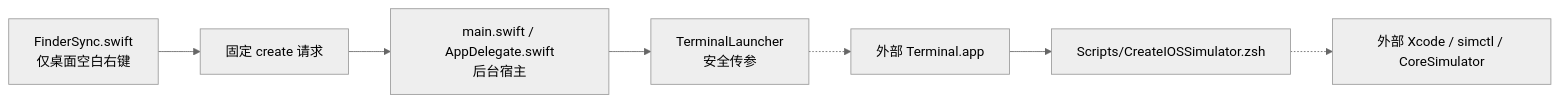
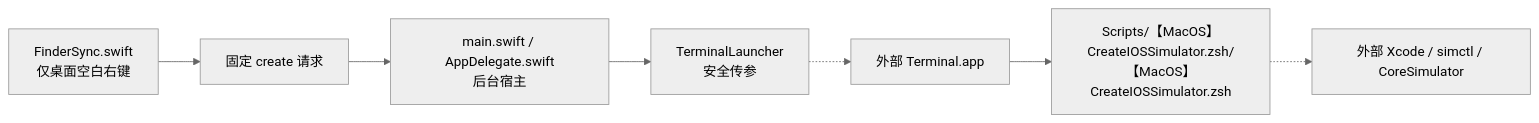
The first of 2 diagrams in JobsIOSSimulatorCreator/README.md (JobsKits/MacOS_Extension), drawn with Mermaid (neutral theme) before and after one commit. The commit also changed other lines of this file and 1576 other files, not shown here.

````diff
--- a/JobsIOSSimulatorCreator/README.md
+++ b/JobsIOSSimulatorCreator/README.md
@@ -134,9 +134,9 @@
 ```mermaid
 flowchart LR
     F["FinderSync.swift<br/>仅桌面空白右键"] --> R["固定 create 请求"]
     R --> A["main.swift / AppDelegate.swift<br/>后台宿主"]
     A --> L["TerminalLauncher<br/>安全传参"]
     L -.-> T["外部 Terminal.app"]
-    T --> S["Scripts/CreateIOSSimulator.zsh"]
+    T --> S["Scripts/【MacOS】CreateIOSSimulator.zsh/【MacOS】CreateIOSSimulator.zsh"]
     S -.-> X["外部 Xcode / simctl / CoreSimulator"]
 ```
````
